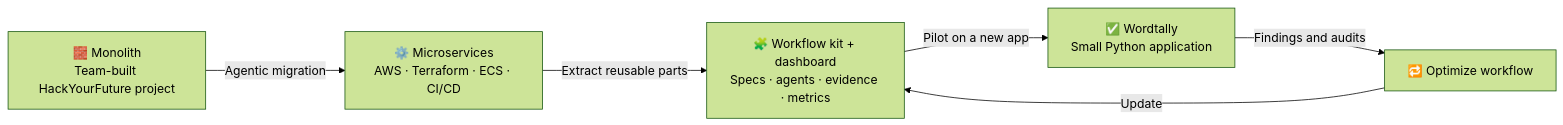
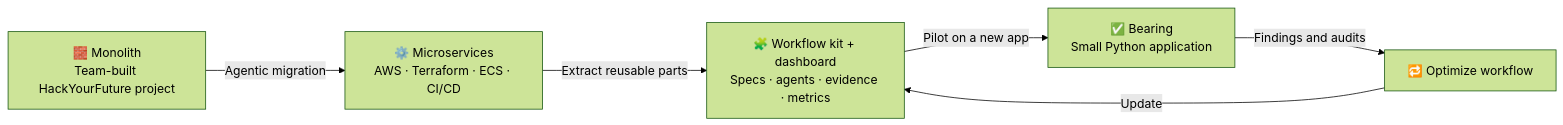
Before and after one commit to Yusuprozimemet/Yusuprozimemet: the diagram in README.md, drawn with Mermaid (forest theme). The commit also changed other lines of this file, not shown here.

Commit message:
Change app name from Wordtally to Bearing
Updated the README to reflect the new app name and added a link to the live dashboard.

````diff
--- a/README.md
+++ b/README.md
@@ -12,8 +12,8 @@
 ```mermaid
 flowchart LR
     A["🧱 Monolith<br/>Team-built HackYourFuture project"] -->|"Agentic migration"| B["⚙️ Microservices<br/>AWS · Terraform · ECS · CI/CD"]
     B -->|"Extract reusable parts"| C["🧩 Workflow kit + dashboard<br/>Specs · agents · evidence · metrics"]
-    C -->|"Pilot on a new app"| D["✅ Wordtally<br/>Small Python application"]
+    C -->|"Pilot on a new app"| D["✅ Bearing<br/>Small Python application"]
     D -->|"Findings and audits"| E["🔁 Optimize workflow"]
     E -->|"Update"| C
 ```
````
